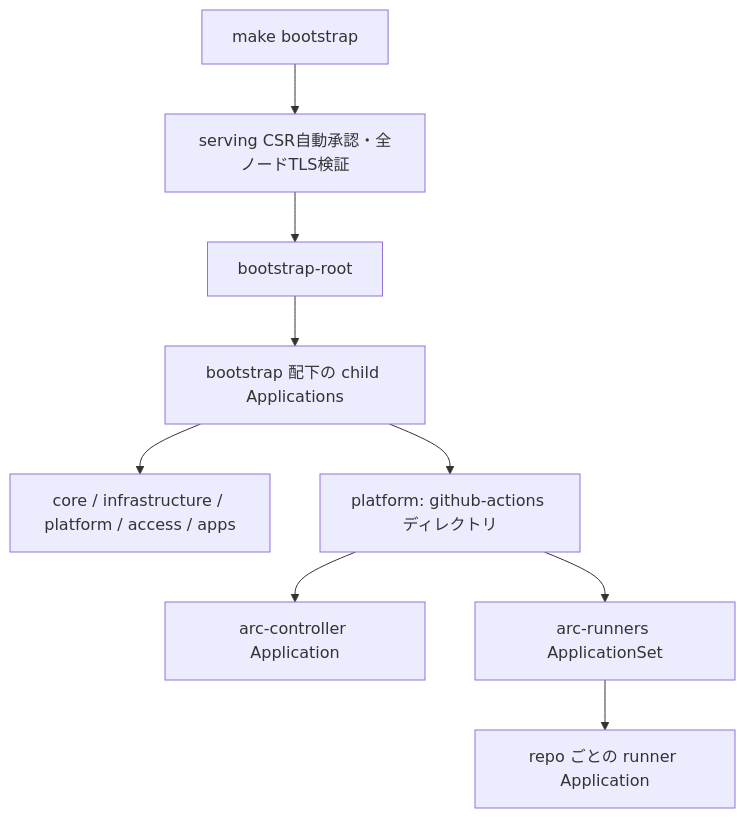
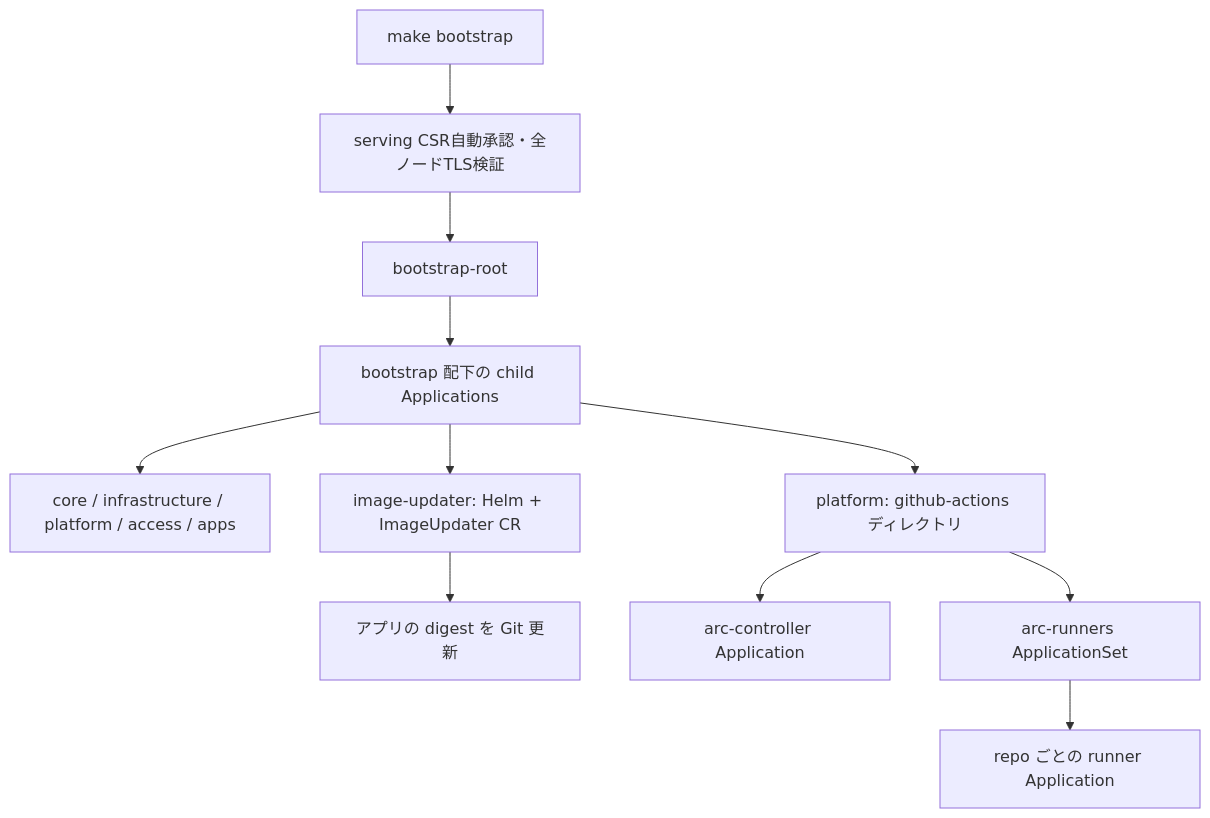
One commit to ksera524/k8s_myHome changed the diagram in docs/diagrams/app-of-apps-sync-wave.md. Above: the diagram before and after it, drawn with Mermaid. The commit also changed other lines of this file and 20 other files, not shown here.

Commit message:
fix(ci): restrict runners and deploy image digests through GitOps

````diff
--- a/docs/diagrams/app-of-apps-sync-wave.md
+++ b/docs/diagrams/app-of-apps-sync-wave.md
@@ -8,11 +8,13 @@
 ```mermaid
 flowchart TD
   Bootstrap[make bootstrap] --> Serving[serving CSR自動承認・全ノードTLS検証]
   Serving --> Root[bootstrap-root]
   Root --> Child[bootstrap 配下の child Applications]
   Child --> Workload[core / infrastructure / platform / access / apps]
   Child --> Platform[platform: github-actions ディレクトリ]
+  Child --> Updater[image-updater: Helm + ImageUpdater CR]
+  Updater --> Git[アプリの digest を Git 更新]
   Platform --> Controller[arc-controller Application]
   Platform --> AppSet[arc-runners ApplicationSet]
   AppSet --> Runner[repo ごとの runner Application]
 ```
````
